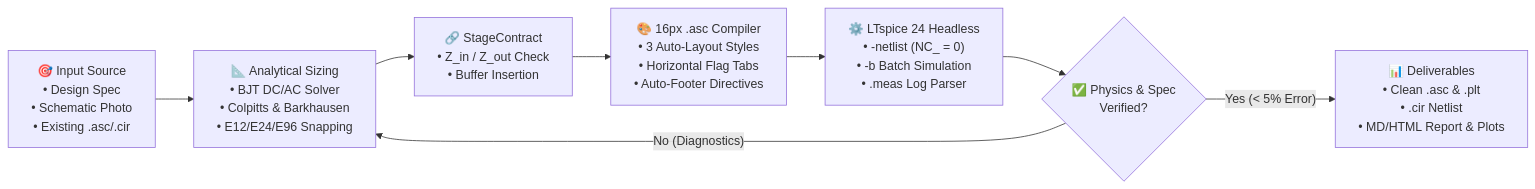
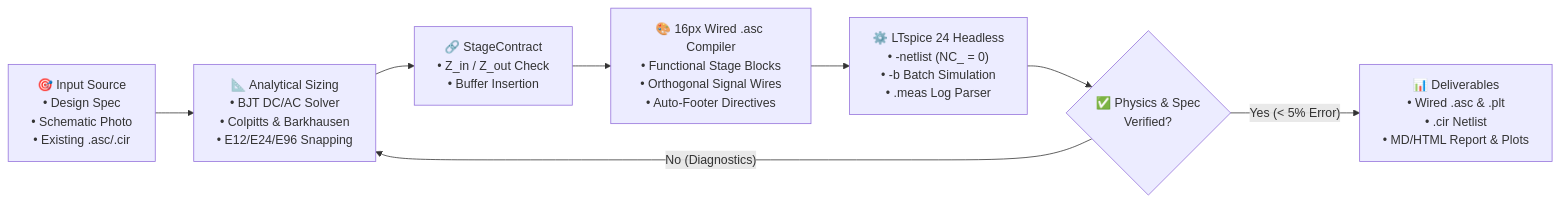
Before and after one commit to Caiobinha1/AI-SPICE: the diagram in README.md, drawn with Mermaid. The commit also changed other lines of this file and 45 other files, not shown here.

Commit message:
refactor: rename project to AI-SPICE, recompile all showcase .asc files with full orthogonal signal wiring, and add benchmark READMEs

````diff
--- a/README.md
+++ b/README.md
@@ -35,10 +35,10 @@
 ```mermaid
 flowchart LR
     A["🎯 Input Source\n• Design Spec\n• Schematic Photo\n• Existing .asc/.cir"] --> B["📐 Analytical Sizing\n• BJT DC/AC Solver\n• Colpitts & Barkhausen\n• E12/E24/E96 Snapping"]
     B --> C["🔗 StageContract\n• Z_in / Z_out Check\n• Buffer Insertion"]
-    C --> D["🎨 16px .asc Compiler\n• 3 Auto-Layout Styles\n• Horizontal Flag Tabs\n• Auto-Footer Directives"]
+    C --> D["🎨 16px Wired .asc Compiler\n• Functional Stage Blocks\n• Orthogonal Signal Wires\n• Auto-Footer Directives"]
     D --> E["⚙️ LTspice 24 Headless\n• -netlist (NC_ = 0)\n• -b Batch Simulation\n• .meas Log Parser"]
     E --> F{"✅ Physics & Spec\nVerified?"}
     F -- "No (Diagnostics)" --> B
-    F -- "Yes (< 5% Error)" --> G["📊 Deliverables\n• Clean .asc & .plt\n• .cir Netlist\n• MD/HTML Report & Plots"]
+    F -- "Yes (< 5% Error)" --> G["📊 Deliverables\n• Wired .asc & .plt\n• .cir Netlist\n• MD/HTML Report & Plots"]
 ```
````
